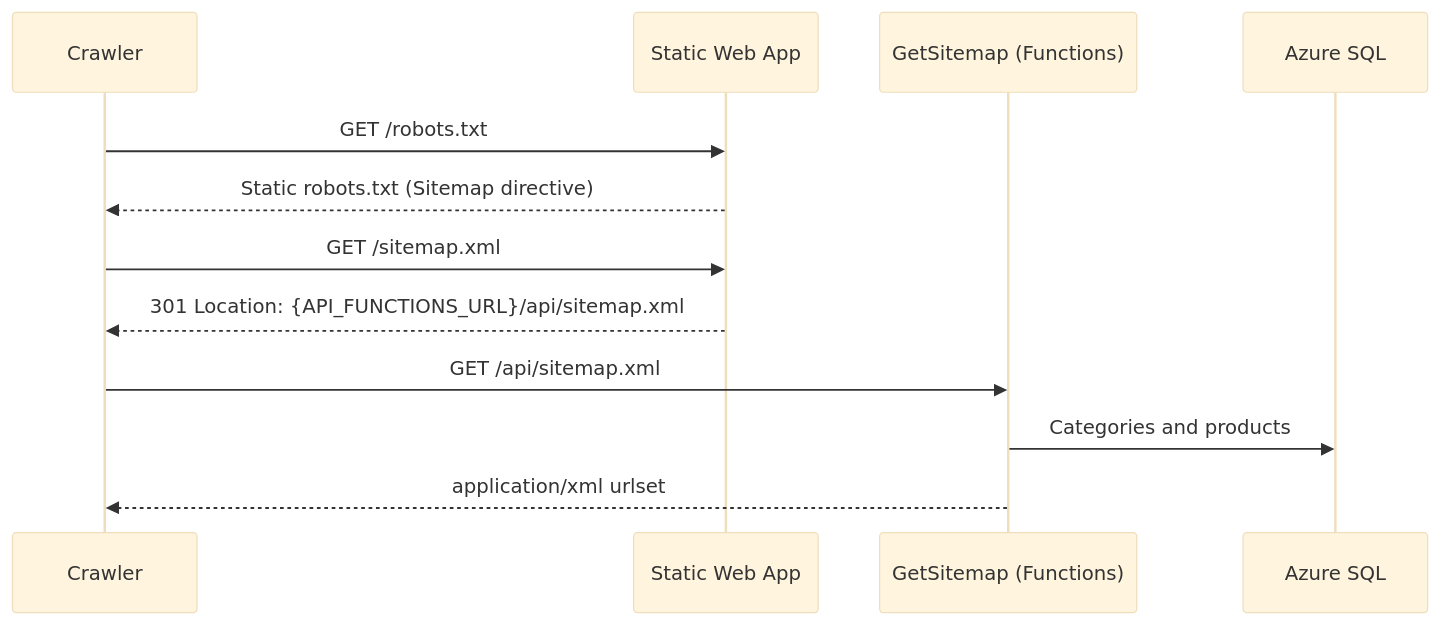
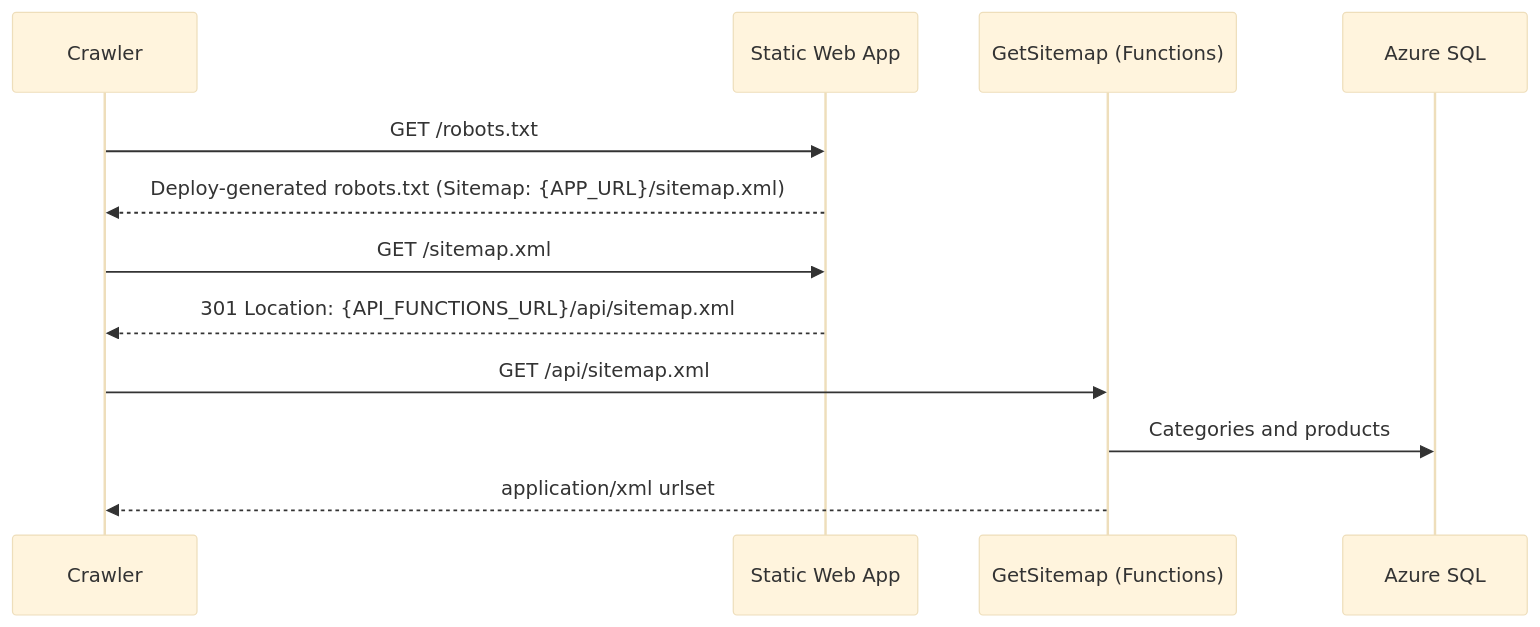
One commit to ahems/AdventureWorks changed the diagram in docs/features/seo/seo.md. Above: the diagram before and after it, drawn with Mermaid (base theme). The commit also changed other lines of this file and 453 other files, not shown here.

````diff
--- a/docs/features/seo/seo.md
+++ b/docs/features/seo/seo.md
@@ -53,14 +56,14 @@
 ```mermaid
 sequenceDiagram
   participant B as Crawler
   participant S as Static Web App
   participant F as GetSitemap (Functions)
   participant D as Azure SQL
   B->>S: GET /robots.txt
-  S-->>B: Static robots.txt (Sitemap directive)
+  S-->>B: Deploy-generated robots.txt (Sitemap: {APP_URL}/sitemap.xml)
   B->>S: GET /sitemap.xml
   S-->>B: 301 Location: {API_FUNCTIONS_URL}/api/sitemap.xml
   B->>F: GET /api/sitemap.xml
   F->>D: Categories and products
   F-->>B: application/xml urlset
 ```
````
